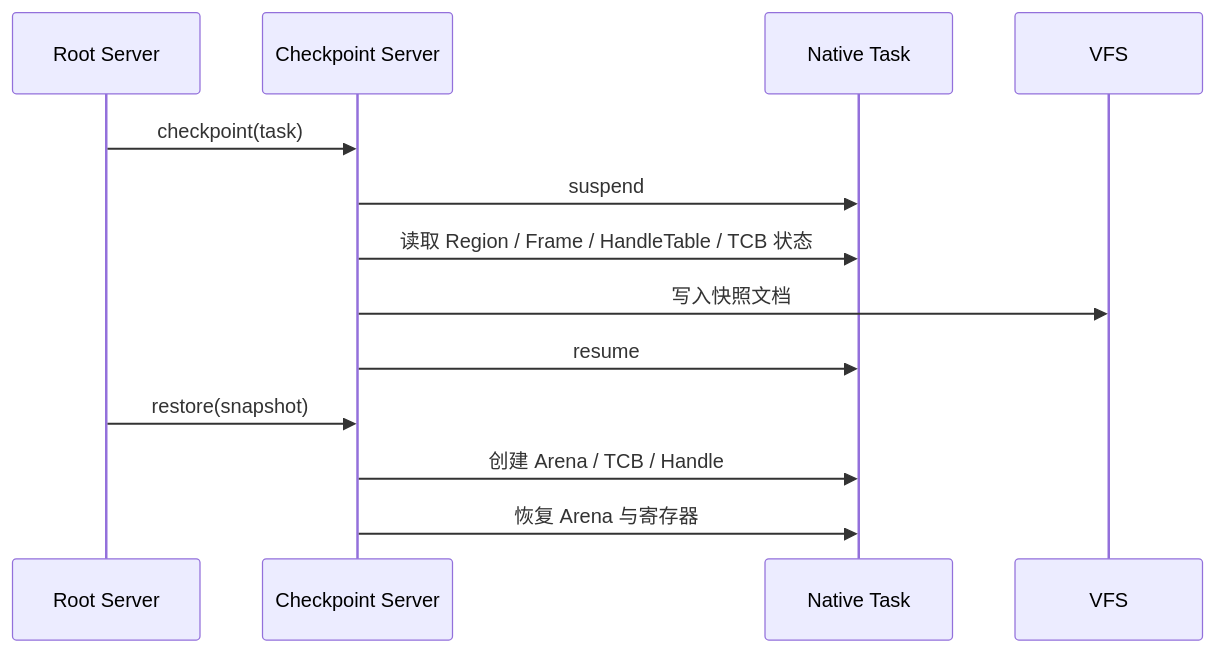
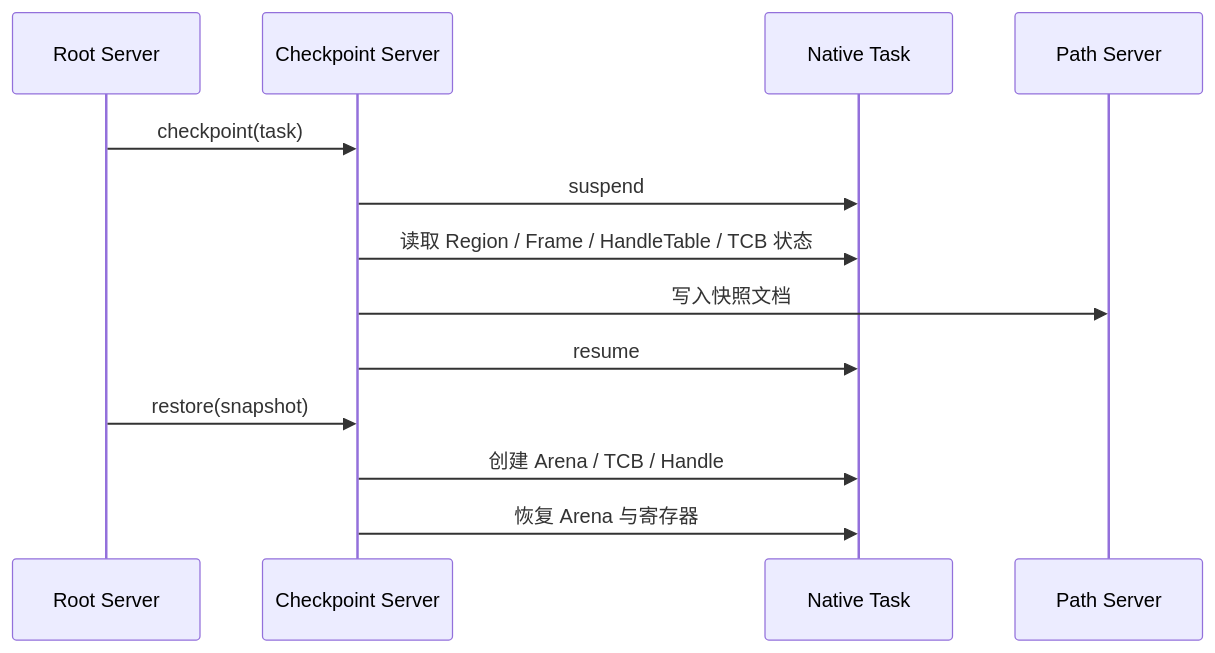
The second of 2 diagrams in docs/experience.md (hongweifei/HolyKernel), drawn with Mermaid before and after one commit. The commit also changed other lines of this file and 30 other files, not shown here.

First line of the commit message:
docs: 统一 Holy Cadence Model 与 VFS/Path 拆分

````diff
--- a/docs/experience.md
+++ b/docs/experience.md
@@ -136,15 +136,15 @@
 ```mermaid
 sequenceDiagram
     participant Root as Root Server
     participant CP as Checkpoint Server
     participant Task as Native Task
-    participant VFS as VFS
+    participant VFS as Path Server
     Root->>CP: checkpoint(task)
     CP->>Task: suspend
     CP->>Task: 读取 Region / Frame / HandleTable / TCB 状态
     CP->>VFS: 写入快照文档
     CP->>Task: resume
     Root->>CP: restore(snapshot)
     CP->>Task: 创建 Arena / TCB / Handle
     CP->>Task: 恢复 Arena 与寄存器
 ```
````
